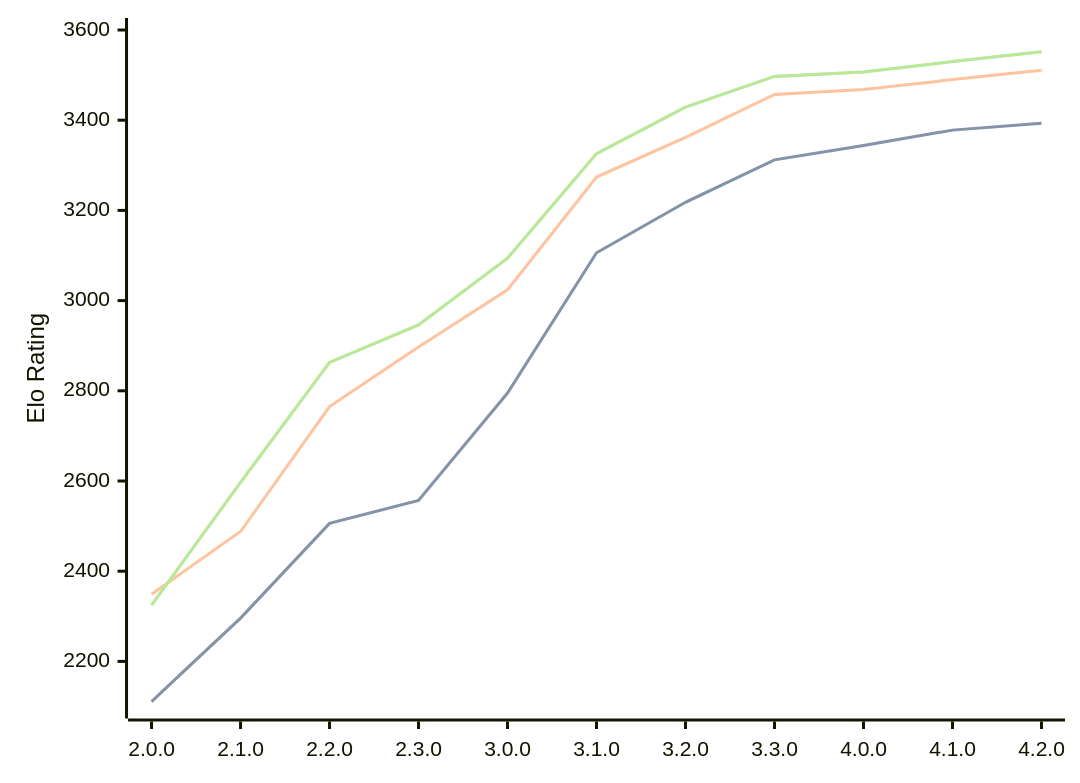
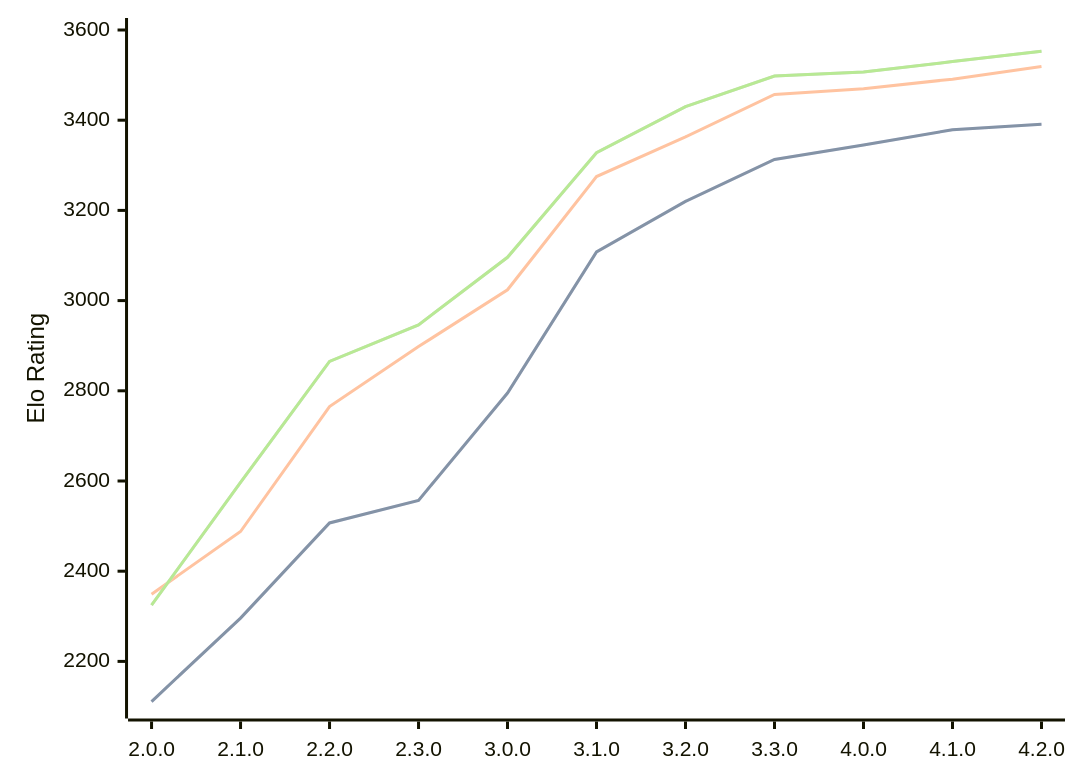
The first of 3 diagrams in engines/Raphael.md (computer-chess-index/cci), drawn with Mermaid before and after one commit. The commit also changed other lines of this file, not shown here.

Commit message:
Update CCI Ratings (ELO VLTC) - 2026-07-12

````diff
--- a/engines/Raphael.md
+++ b/engines/Raphael.md
@@ -53,11 +53,11 @@
 ```mermaid
 %%{init: {"theme":"base","themeVariables":{"seriesColors:['#a3a3a3','#222221','#faa371']}}}%%
 xychart-beta
   x-axis ["2.0.0", "2.1.0", "2.2.0", "2.3.0", "3.0.0", "3.1.0", "3.2.0", "3.3.0", "4.0.0", "4.1.0", "4.2.0"]
   y-axis "Elo Rating" 2100 --> 3600
-  line "STC (8.0+0.08s)" [2111, 2296, 2506, 2557, 2795, 3106, 3218, 3312, 3344, 3378, 3393]
-  line "STC (8.0+0.08s)" [2111, 2296, 2506, 2557, 2795, 3106, 3218, 3312, 3344, 3378, 3393]
-  line "LTC (60.0+0.60s)" [2349, 2488, 2765, 2897, 3024, 3274, 3362, 3457, 3468, 3490, 3511]
-  line "VLTC (2m24s+1.12s)" [2325, 2597, 2863, 2946, 3094, 3326, 3429, 3497, 3507, 3530, 3552]
-  line "VLTC (2m24s+1.12s)" [2325, 2597, 2863, 2946, 3094, 3326, 3429, 3497, 3507, 3530, 3552]
+  line "STC (8.0+0.08s)" [2111, 2296, 2507, 2557, 2795, 3108, 3220, 3313, 3345, 3379, 3391]
+  line "STC (8.0+0.08s)" [2111, 2296, 2507, 2557, 2795, 3108, 3220, 3313, 3345, 3379, 3391]
+  line "LTC (60.0+0.60s)" [2349, 2488, 2765, 2898, 3024, 3275, 3363, 3457, 3470, 3491, 3519]
+  line "VLTC (2m24s+1.12s)" [2325, 2597, 2865, 2946, 3096, 3328, 3430, 3498, 3507, 3530, 3553]
+  line "VLTC (2m24s+1.12s)" [2325, 2597, 2865, 2946, 3096, 3328, 3430, 3498, 3507, 3530, 3553]
 ```
````
